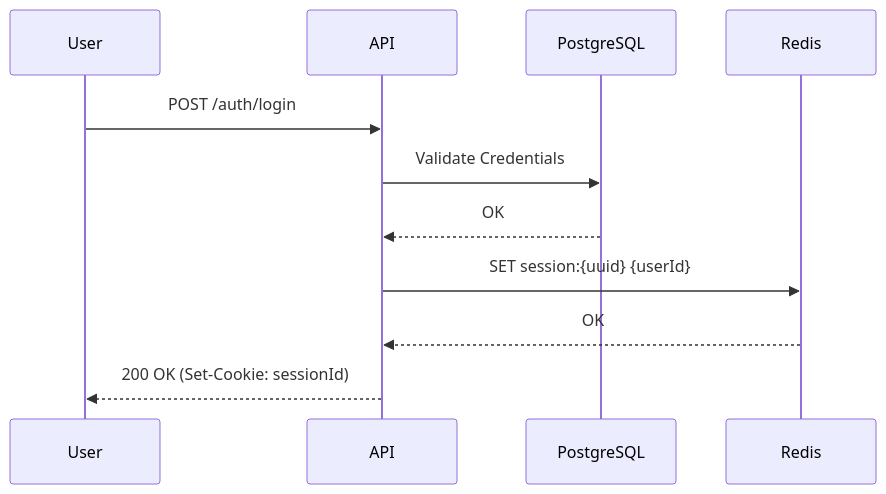
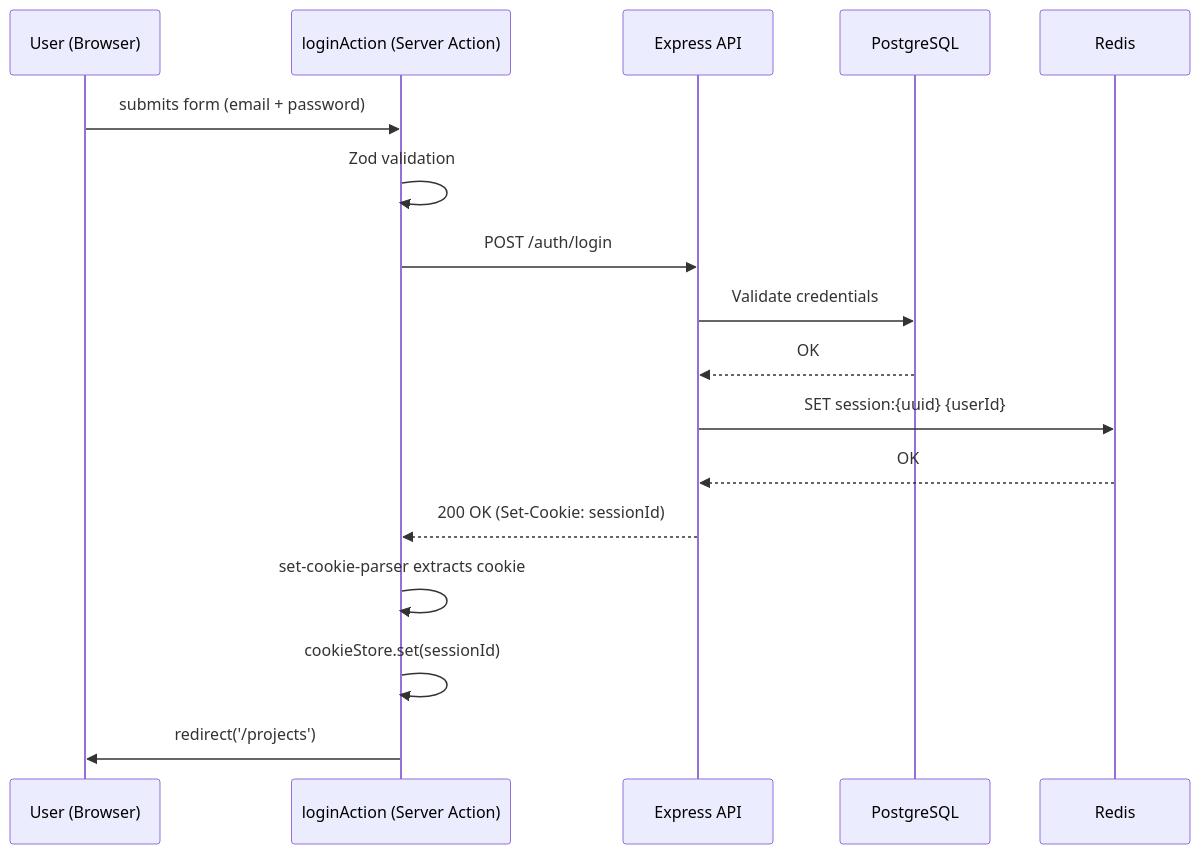
The first of 2 diagrams in backend/docs/authentication_system.md (siddhantdeval/real-time-task-manager), drawn with Mermaid before and after one commit. The commit also changed other lines of this file and 4 other files, not shown here.

````diff
--- a/backend/docs/authentication_system.md
+++ b/backend/docs/authentication_system.md
@@ -29,14 +38,20 @@
 ```mermaid
 sequenceDiagram
-    participant user as User
-    participant api as API
+    participant user as User (Browser)
+    participant action as loginAction (Server Action)
+    participant api as Express API
     participant db as PostgreSQL
     participant redis as Redis
 
-    user->>api: POST /auth/login
-    api->>db: Validate Credentials
+    user->>action: submits form (email + password)
+    action->>action: Zod validation
+    action->>api: POST /auth/login
+    api->>db: Validate credentials
     db-->>api: OK
     api->>redis: SET session:{uuid} {userId}
     redis-->>api: OK
-    api-->>user: 200 OK (Set-Cookie: sessionId)
+    api-->>action: 200 OK (Set-Cookie: sessionId)
+    action->>action: set-cookie-parser extracts cookie
+    action->>action: cookieStore.set(sessionId)
+    action->>user: redirect('/projects')
 ```
````
